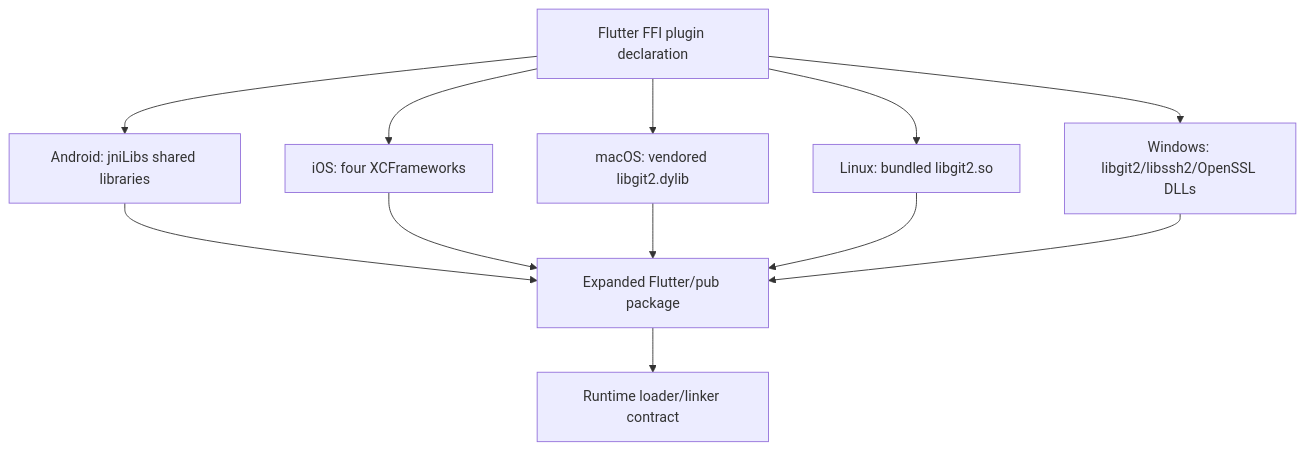
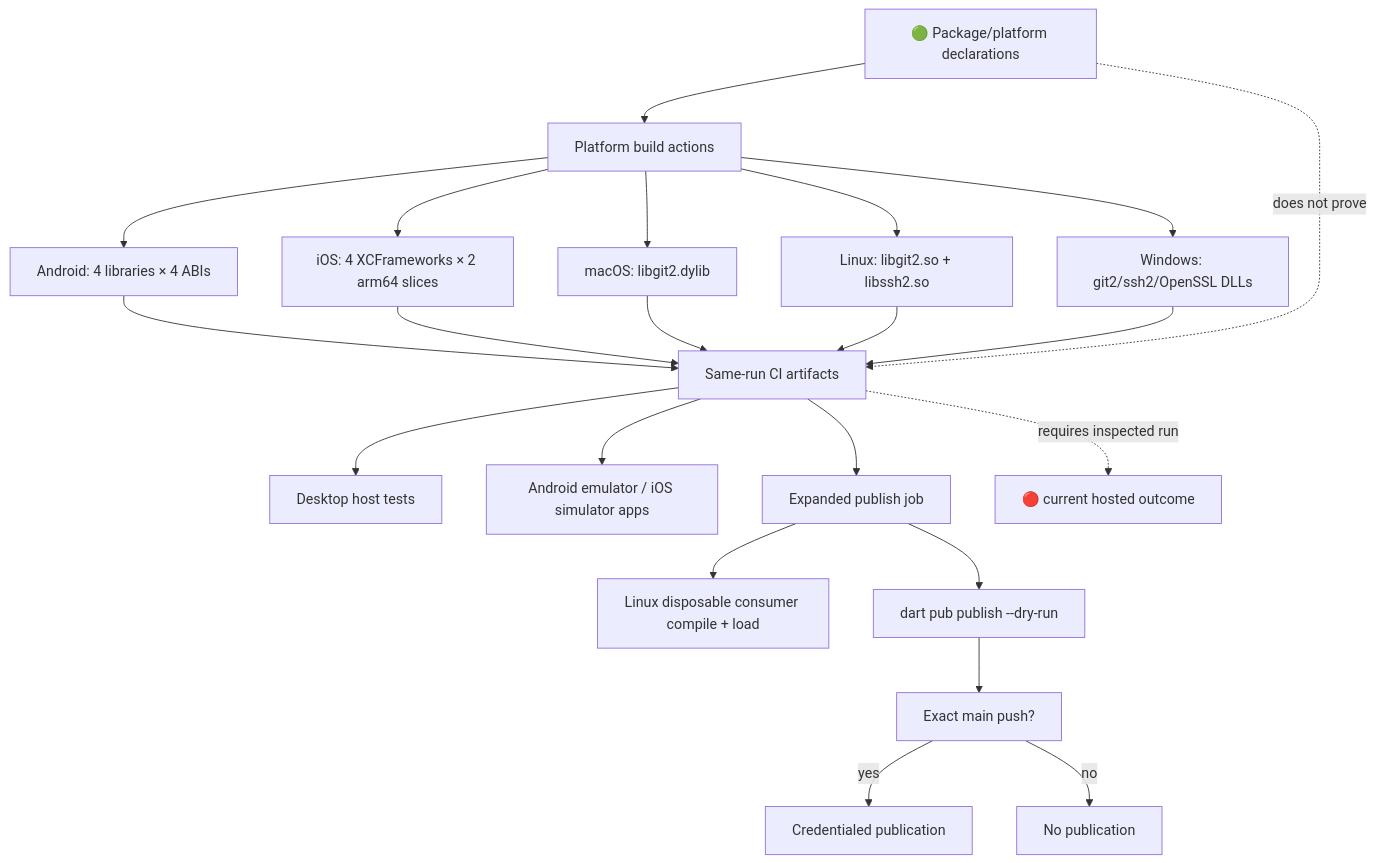
One commit to DartGit-dev/git2dart_binaries changed the diagram in .reversa/_reversa_sdd/flowcharts/platform-packaging.md. Above: the diagram before and after it, drawn with Mermaid. The commit also changed other lines of this file and 250 other files, not shown here.

````diff
--- a/.reversa/_reversa_sdd/flowcharts/platform-packaging.md
+++ b/.reversa/_reversa_sdd/flowcharts/platform-packaging.md
@@ -3,14 +3,24 @@
 ```mermaid
 flowchart TD
-  Pubspec["Flutter FFI plugin declaration"] --> Android["Android: jniLibs shared libraries"]
-  Pubspec --> IOS["iOS: four XCFrameworks"]
-  Pubspec --> Mac["macOS: vendored libgit2.dylib"]
-  Pubspec --> Linux["Linux: bundled libgit2.so"]
-  Pubspec --> Windows["Windows: libgit2/libssh2/OpenSSL DLLs"]
-  Android --> App["Expanded Flutter/pub package"]
-  IOS --> App
-  Mac --> App
-  Linux --> App
-  Windows --> App
-  App --> Loader["Runtime loader/linker contract"]
+  Source["🟢 Package/platform declarations"] --> Build["Platform build actions"]
+  Build --> A["Android: 4 libraries × 4 ABIs"]
+  Build --> I["iOS: 4 XCFrameworks × 2 arm64 slices"]
+  Build --> M["macOS: libgit2.dylib"]
+  Build --> L["Linux: libgit2.so + libssh2.so"]
+  Build --> W["Windows: git2/ssh2/OpenSSL DLLs"]
+  A --> Artifacts["Same-run CI artifacts"]
+  I --> Artifacts
+  M --> Artifacts
+  L --> Artifacts
+  W --> Artifacts
+  Artifacts --> HostTests["Desktop host tests"]
+  Artifacts --> Mobile["Android emulator / iOS simulator apps"]
+  Artifacts --> Publish["Expanded publish job"]
+  Publish --> Consumer["Linux disposable consumer compile + load"]
+  Publish --> DryRun["dart pub publish --dry-run"]
+  DryRun --> Conditional["Exact main push?"]
+  Conditional -- yes --> External["Credentialed publication"]
+  Conditional -- no --> Stop["No publication"]
+  Source -. "does not prove" .-> Artifacts
+  Artifacts -. "requires inspected run" .-> Gap["🔴 current hosted outcome"]
 ```
````
